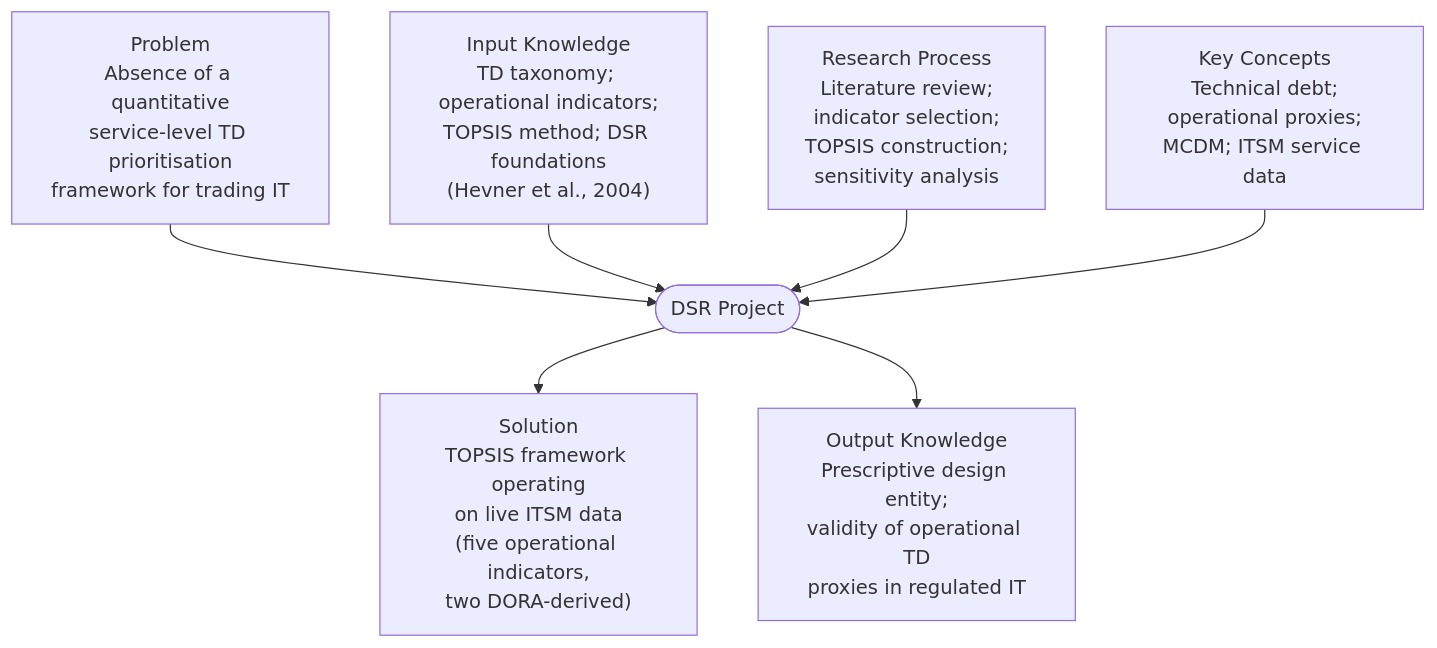
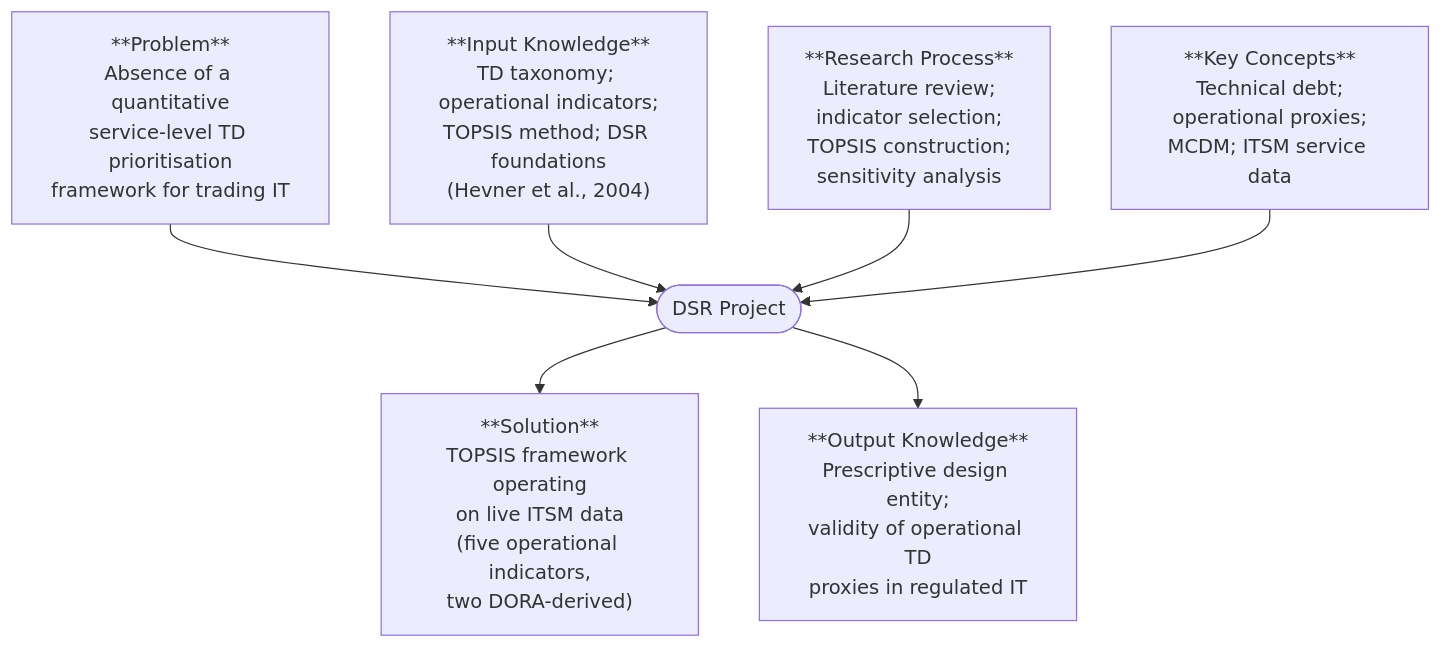
One commit to TobiZeier/MScProject changed the first of 2 diagrams in quarto/chapters/3-methodology.qmd. Above: the diagram before and after it, drawn with Mermaid. The commit also changed other lines of this file and 5 other files, not shown here.

````diff
--- a/quarto/chapters/3-methodology.qmd
+++ b/quarto/chapters/3-methodology.qmd
@@ -28,21 +37,21 @@
 ```{mermaid}
 %%| label: fig-dsr-grid
 %%| fig-cap: "DSR Grid for the present study, adapted from vom Brocke, Hevner and Maedche (2020)"
 %%| fig-width: 6
 
 graph TD
-    P["Problem<br/>Absence of a quantitative<br/>service-level TD prioritisation<br/>framework for trading IT"]
-    IK["Input Knowledge<br/>TD taxonomy; operational indicators;<br/>TOPSIS method; DSR foundations<br/>(Hevner et al., 2004)"]
-    RP["Research Process<br/>Literature review;<br/>indicator selection;<br/>TOPSIS construction;<br/>sensitivity analysis"]
-    KC["Key Concepts<br/>Technical debt;<br/>operational proxies;<br/>MCDM; ITSM service data"]
+    P["**Problem**<br/>Absence of a quantitative<br/>service-level TD prioritisation<br/>framework for trading IT"]
+    IK["**Input Knowledge**<br/>TD taxonomy; operational indicators;<br/>TOPSIS method; DSR foundations<br/>(Hevner et al., 2004)"]
+    RP["**Research Process**<br/>Literature review;<br/>indicator selection;<br/>TOPSIS construction;<br/>sensitivity analysis"]
+    KC["**Key Concepts**<br/>Technical debt;<br/>operational proxies;<br/>MCDM; ITSM service data"]
     DSR(["DSR Project"])
-    S["Solution<br/>TOPSIS framework operating<br/>on live ITSM data<br/>(five operational indicators,<br/>two DORA-derived)"]
-    OK["Output Knowledge<br/>Prescriptive design entity;<br/>validity of operational TD<br/>proxies in regulated IT"]
+    S["**Solution**<br/>TOPSIS framework operating<br/>on live ITSM data<br/>(five operational indicators,<br/>two DORA-derived)"]
+    OK["**Output Knowledge**<br/>Prescriptive design entity;<br/>validity of operational TD<br/>proxies in regulated IT"]
 
     P --> DSR
     IK --> DSR
     RP --> DSR
     KC --> DSR
     DSR --> S
     DSR --> OK
 ```
````
